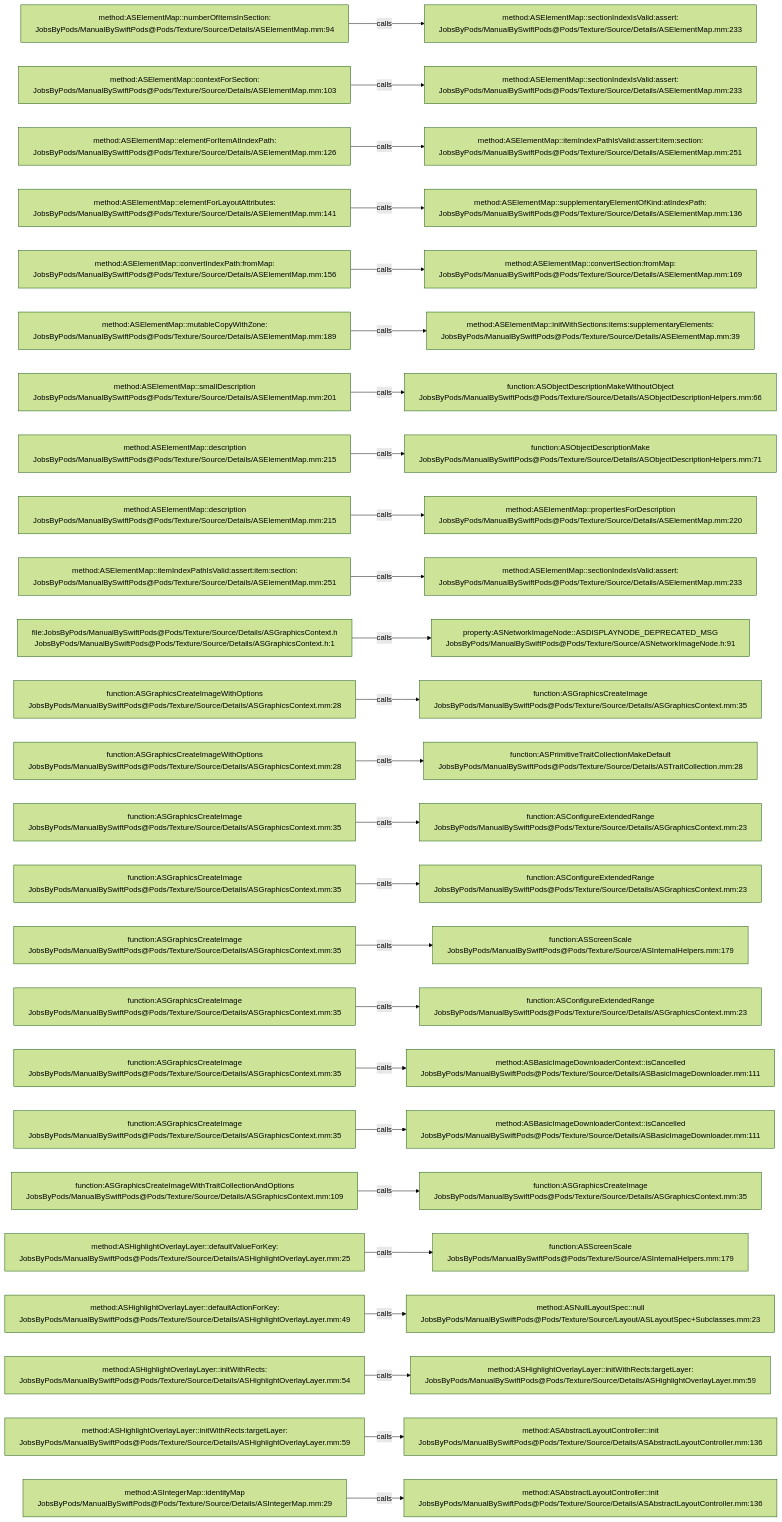
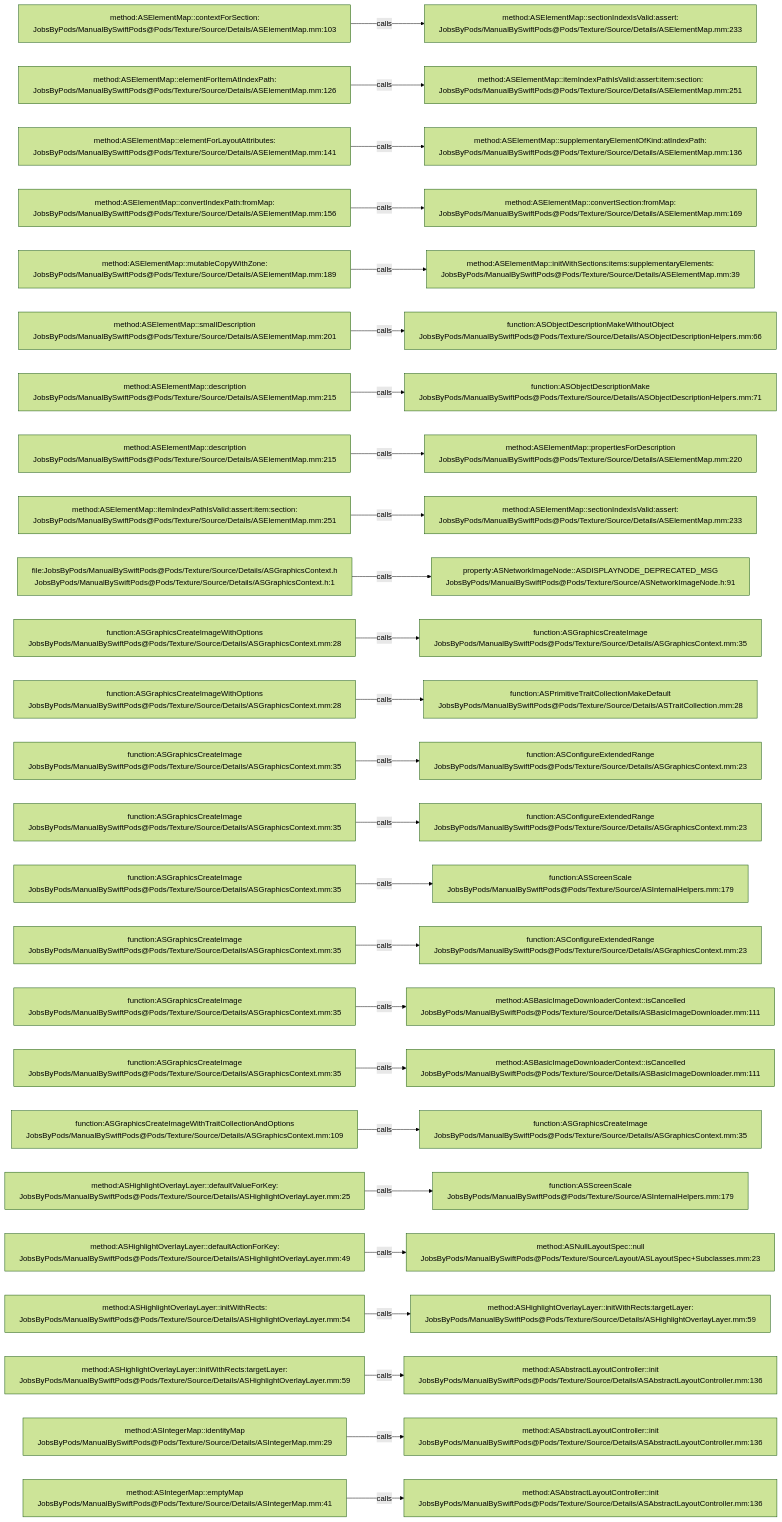
One commit to JobsKits/JobsSwiftBaseConfigDemo changed the diagram in .codegraph/codegraph.md/graphs/calls-088.md. Above: the diagram before and after it, drawn with Mermaid (forest theme). The commit also changed 747 other files, not shown here.

````diff
--- a/.codegraph/codegraph.md/graphs/calls-088.md
+++ b/.codegraph/codegraph.md/graphs/calls-088.md
@@ -13,78 +13,78 @@
 ```mermaid
 flowchart LR
-  S1["method:ASElementMap::numberOfItemsInSection:<br/>JobsByPods/ManualBySwiftPods@Pods/Texture/Source/Details/ASElementMap.mm:94"]
+  S1["method:ASElementMap::contextForSection:<br/>JobsByPods/ManualBySwiftPods@Pods/Texture/Source/Details/ASElementMap.mm:103"]
   T1["method:ASElementMap::sectionIndexIsValid:assert:<br/>JobsByPods/ManualBySwiftPods@Pods/Texture/Source/Details/ASElementMap.mm:233"]
   S1 -->|calls| T1
-  S2["method:ASElementMap::contextForSection:<br/>JobsByPods/ManualBySwiftPods@Pods/Texture/Source/Details/ASElementMap.mm:103"]
-  T2["method:ASElementMap::sectionIndexIsValid:assert:<br/>JobsByPods/ManualBySwiftPods@Pods/Texture/Source/Details/ASElementMap.mm:233"]
+  S2["method:ASElementMap::elementForItemAtIndexPath:<br/>JobsByPods/ManualBySwiftPods@Pods/Texture/Source/Details/ASElementMap.mm:126"]
+  T2["method:ASElementMap::itemIndexPathIsValid:assert:item:section:<br/>JobsByPods/ManualBySwiftPods@Pods/Texture/Source/Details/ASElementMap.mm:251"]
   S2 -->|calls| T2
-  S3["method:ASElementMap::elementForItemAtIndexPath:<br/>JobsByPods/ManualBySwiftPods@Pods/Texture/Source/Details/ASElementMap.mm:126"]
-  T3["method:ASElementMap::itemIndexPathIsValid:assert:item:section:<br/>JobsByPods/ManualBySwiftPods@Pods/Texture/Source/Details/ASElementMap.mm:251"]
+  S3["method:ASElementMap::elementForLayoutAttributes:<br/>JobsByPods/ManualBySwiftPods@Pods/Texture/Source/Details/ASElementMap.mm:141"]
+  T3["method:ASElementMap::supplementaryElementOfKind:atIndexPath:<br/>JobsByPods/ManualBySwiftPods@Pods/Texture/Source/Details/ASElementMap.mm:136"]
   S3 -->|calls| T3
-  S4["method:ASElementMap::elementForLayoutAttributes:<br/>JobsByPods/ManualBySwiftPods@Pods/Texture/Source/Details/ASElementMap.mm:141"]
-  T4["method:ASElementMap::supplementaryElementOfKind:atIndexPath:<br/>JobsByPods/ManualBySwiftPods@Pods/Texture/Source/Details/ASElementMap.mm:136"]
+  S4["method:ASElementMap::convertIndexPath:fromMap:<br/>JobsByPods/ManualBySwiftPods@Pods/Texture/Source/Details/ASElementMap.mm:156"]
+  T4["method:ASElementMap::convertSection:fromMap:<br/>JobsByPods/ManualBySwiftPods@Pods/Texture/Source/Details/ASElementMap.mm:169"]
   S4 -->|calls| T4
-  S5["method:ASElementMap::convertIndexPath:fromMap:<br/>JobsByPods/ManualBySwiftPods@Pods/Texture/Source/Details/ASElementMap.mm:156"]
-  T5["method:ASElementMap::convertSection:fromMap:<br/>JobsByPods/ManualBySwiftPods@Pods/Texture/Source/Details/ASElementMap.mm:169"]
+  S5["method:ASElementMap::mutableCopyWithZone:<br/>JobsByPods/ManualBySwiftPods@Pods/Texture/Source/Details/ASElementMap.mm:189"]
+  T5["method:ASElementMap::initWithSections:items:supplementaryElements:<br/>JobsByPods/ManualBySwiftPods@Pods/Texture/Source/Details/ASElementMap.mm:39"]
   S5 -->|calls| T5
-  S6["method:ASElementMap::mutableCopyWithZone:<br/>JobsByPods/ManualBySwiftPods@Pods/Texture/Source/Details/ASElementMap.mm:189"]
-  T6["method:ASElementMap::initWithSections:items:supplementaryElements:<br/>JobsByPods/ManualBySwiftPods@Pods/Texture/Source/Details/ASElementMap.mm:39"]
+  S6["method:ASElementMap::smallDescription<br/>JobsByPods/ManualBySwiftPods@Pods/Texture/Source/Details/ASElementMap.mm:201"]
+  T6["function:ASObjectDescriptionMakeWithoutObject<br/>JobsByPods/ManualBySwiftPods@Pods/Texture/Source/Details/ASObjectDescriptionHelpers.mm:66"]
   S6 -->|calls| T6
-  S7["method:ASElementMap::smallDescription<br/>JobsByPods/ManualBySwiftPods@Pods/Texture/Source/Details/ASElementMap.mm:201"]
-  T7["function:ASObjectDescriptionMakeWithoutObject<br/>JobsByPods/ManualBySwiftPods@Pods/Texture/Source/Details/ASObjectDescriptionHelpers.mm:66"]
+  S7["method:ASElementMap::description<br/>JobsByPods/ManualBySwiftPods@Pods/Texture/Source/Details/ASElementMap.mm:215"]
+  T7["function:ASObjectDescriptionMake<br/>JobsByPods/ManualBySwiftPods@Pods/Texture/Source/Details/ASObjectDescriptionHelpers.mm:71"]
   S7 -->|calls| T7
   S8["method:ASElementMap::description<br/>JobsByPods/ManualBySwiftPods@Pods/Texture/Source/Details/ASElementMap.mm:215"]
-  T8["function:ASObjectDescriptionMake<br/>JobsByPods/ManualBySwiftPods@Pods/Texture/Source/Details/ASObjectDescriptionHelpers.mm:71"]
+  T8["method:ASElementMap::propertiesForDescription<br/>JobsByPods/ManualBySwiftPods@Pods/Texture/Source/Details/ASElementMap.mm:220"]
   S8 -->|calls| T8
-  S9["method:ASElementMap::description<br/>JobsByPods/ManualBySwiftPods@Pods/Texture/Source/Details/ASElementMap.mm:215"]
-  T9["method:ASElementMap::propertiesForDescription<br/>JobsByPods/ManualBySwiftPods@Pods/Texture/Source/Details/ASElementMap.mm:220"]
+  S9["method:ASElementMap::itemIndexPathIsValid:assert:item:section:<br/>JobsByPods/ManualBySwiftPods@Pods/Texture/Source/Details/ASElementMap.mm:251"]
+  T9["method:ASElementMap::sectionIndexIsValid:assert:<br/>JobsByPods/ManualBySwiftPods@Pods/Texture/Source/Details/ASElementMap.mm:233"]
   S9 -->|calls| T9
-  S10["method:ASElementMap::itemIndexPathIsValid:assert:item:section:<br/>JobsByPods/ManualBySwiftPods@Pods/Texture/Source/Details/ASElementMap.mm:251"]
-  T10["method:ASElementMap::sectionIndexIsValid:assert:<br/>JobsByPods/ManualBySwiftPods@Pods/Texture/Source/Details/ASElementMap.mm:233"]
+  S10["file:JobsByPods/ManualBySwiftPods@Pods/Texture/Source/Details/ASGraphicsContext.h<br/>JobsByPods/ManualBySwiftPods@Pods/Texture/Source/Details/ASGraphicsContext.h:1"]
+  T10["property:ASNetworkImageNode::ASDISPLAYNODE_DEPRECATED_MSG<br/>JobsByPods/ManualBySwiftPods@Pods/Texture/Source/ASNetworkImageNode.h:91"]
   S10 -->|calls| T10
-  S11["file:JobsByPods/ManualBySwiftPods@Pods/Texture/Source/Details/ASGraphicsContext.h<br/>JobsByPods/ManualBySwiftPods@Pods/Texture/Source/Details/ASGraphicsContext.h:1"]
-  T11["property:ASNetworkImageNode::ASDISPLAYNODE_DEPRECATED_MSG<br/>JobsByPods/ManualBySwiftPods@Pods/Texture/Source/ASNetworkImageNode.h:91"]
+  S11["function:ASGraphicsCreateImageWithOptions<br/>JobsByPods/ManualBySwiftPods@Pods/Texture/Source/Details/ASGraphicsContext.mm:28"]
+  T11["function:ASGraphicsCreateImage<br/>JobsByPods/ManualBySwiftPods@Pods/Texture/Source/Details/ASGraphicsContext.mm:35"]
   S11 -->|calls| T11
   S12["function:ASGraphicsCreateImageWithOptions<br/>JobsByPods/ManualBySwiftPods@Pods/Texture/Source/Details/ASGraphicsContext.mm:28"]
-  T12["function:ASGraphicsCreateImage<br/>JobsByPods/ManualBySwiftPods@Pods/Texture/Source/Details/ASGraphicsContext.mm:35"]
+  T12["function:ASPrimitiveTraitCollectionMakeDefault<br/>JobsByPods/ManualBySwiftPods@Pods/Texture/Source/Details/ASTraitCollection.mm:28"]
   S12 -->|calls| T12
-  S13["function:ASGraphicsCreateImageWithOptions<br/>JobsByPods/ManualBySwiftPods@Pods/Texture/Source/Details/ASGraphicsContext.mm:28"]
-  T13["function:ASPrimitiveTraitCollectionMakeDefault<br/>JobsByPods/ManualBySwiftPods@Pods/Texture/Source/Details/ASTraitCollection.mm:28"]
+  S13["function:ASGraphicsCreateImage<br/>JobsByPods/ManualBySwiftPods@Pods/Texture/Source/Details/ASGraphicsContext.mm:35"]
+  T13["function:ASConfigureExtendedRange<br/>JobsByPods/ManualBySwiftPods@Pods/Texture/Source/Details/ASGraphicsContext.mm:23"]
   S13 -->|calls| T13
   S14["function:ASGraphicsCreateImage<br/>JobsByPods/ManualBySwiftPods@Pods/Texture/Source/Details/ASGraphicsContext.mm:35"]
   T14["function:ASConfigureExtendedRange<br/>JobsByPods/ManualBySwiftPods@Pods/Texture/Source/Details/ASGraphicsContext.mm:23"]
   S14 -->|calls| T14
   S15["function:ASGraphicsCreateImage<br/>JobsByPods/ManualBySwiftPods@Pods/Texture/Source/Details/ASGraphicsContext.mm:35"]
-  T15["function:ASConfigureExtendedRange<br/>JobsByPods/ManualBySwiftPods@Pods/Texture/Source/Details/ASGraphicsContext.mm:23"]
+  T15["function:ASScreenScale<br/>JobsByPods/ManualBySwiftPods@Pods/Texture/Source/ASInternalHelpers.mm:179"]
   S15 -->|calls| T15
   S16["function:ASGraphicsCreateImage<br/>JobsByPods/ManualBySwiftPods@Pods/Texture/Source/Details/ASGraphicsContext.mm:35"]
-  T16["function:ASScreenScale<br/>JobsByPods/ManualBySwiftPods@Pods/Texture/Source/ASInternalHelpers.mm:179"]
+  T16["function:ASConfigureExtendedRange<br/>JobsByPods/ManualBySwiftPods@Pods/Texture/Source/Details/ASGraphicsContext.mm:23"]
   S16 -->|calls| T16
   S17["function:ASGraphicsCreateImage<br/>JobsByPods/ManualBySwiftPods@Pods/Texture/Source/Details/ASGraphicsContext.mm:35"]
-  T17["function:ASConfigureExtendedRange<br/>JobsByPods/ManualBySwiftPods@Pods/Texture/Source/Details/ASGraphicsContext.mm:23"]
+  T17["method:ASBasicImageDownloaderContext::isCancelled<br/>JobsByPods/ManualBySwiftPods@Pods/Texture/Source/Details/ASBasicImageDownloader.mm:111"]
   S17 -->|calls| T17
   S18["function:ASGraphicsCreateImage<br/>JobsByPods/ManualBySwiftPods@Pods/Texture/Source/Details/ASGraphicsContext.mm:35"]
   T18["method:ASBasicImageDownloaderContext::isCancelled<br/>JobsByPods/ManualBySwiftPods@Pods/Texture/Source/Details/ASBasicImageDownloader.mm:111"]
   S18 -->|calls| T18
-  S19["function:ASGraphicsCreateImage<br/>JobsByPods/ManualBySwiftPods@Pods/Texture/Source/Details/ASGraphicsContext.mm:35"]
-  T19["method:ASBasicImageDownloaderContext::isCancelled<br/>JobsByPods/ManualBySwiftPods@Pods/Texture/Source/Details/ASBasicImageDownloader.mm:111"]
+  S19["function:ASGraphicsCreateImageWithTraitCollectionAndOptions<br/>JobsByPods/ManualBySwiftPods@Pods/Texture/Source/Details/ASGraphicsContext.mm:109"]
+  T19["function:ASGraphicsCreateImage<br/>JobsByPods/ManualBySwiftPods@Pods/Texture/Source/Details/ASGraphicsContext.mm:35"]
   S19 -->|calls| T19
-  S20["function:ASGraphicsCreateImageWithTraitCollectionAndOptions<br/>JobsByPods/ManualBySwiftPods@Pods/Texture/Source/Details/ASGraphicsContext.mm:109"]
-  T20["function:ASGraphicsCreateImage<br/>JobsByPods/ManualBySwiftPods@Pods/Texture/Source/Details/ASGraphicsContext.mm:35"]
+  S20["method:ASHighlightOverlayLayer::defaultValueForKey:<br/>JobsByPods/ManualBySwiftPods@Pods/Texture/Source/Details/ASHighlightOverlayLayer.mm:25"]
+  T20["function:ASScreenScale<br/>JobsByPods/ManualBySwiftPods@Pods/Texture/Source/ASInternalHelpers.mm:179"]
   S20 -->|calls| T20
-  S21["method:ASHighlightOverlayLayer::defaultValueForKey:<br/>JobsByPods/ManualBySwiftPods@Pods/Texture/Source/Details/ASHighlightOverlayLayer.mm:25"]
-  T21["function:ASScreenScale<br/>JobsByPods/ManualBySwiftPods@Pods/Texture/Source/ASInternalHelpers.mm:179"]
+  S21["method:ASHighlightOverlayLayer::defaultActionForKey:<br/>JobsByPods/ManualBySwiftPods@Pods/Texture/Source/Details/ASHighlightOverlayLayer.mm:49"]
+  T21["method:ASNullLayoutSpec::null<br/>JobsByPods/ManualBySwiftPods@Pods/Texture/Source/Layout/ASLayoutSpec+Subclasses.mm:23"]
   S21 -->|calls| T21
-  S22["method:ASHighlightOverlayLayer::defaultActionForKey:<br/>JobsByPods/ManualBySwiftPods@Pods/Texture/Source/Details/ASHighlightOverlayLayer.mm:49"]
-  T22["method:ASNullLayoutSpec::null<br/>JobsByPods/ManualBySwiftPods@Pods/Texture/Source/Layout/ASLayoutSpec+Subclasses.mm:23"]
+  S22["method:ASHighlightOverlayLayer::initWithRects:<br/>JobsByPods/ManualBySwiftPods@Pods/Texture/Source/Details/ASHighlightOverlayLayer.mm:54"]
+  T22["method:ASHighlightOverlayLayer::initWithRects:targetLayer:<br/>JobsByPods/ManualBySwiftPods@Pods/Texture/Source/Details/ASHighlightOverlayLayer.mm:59"]
   S22 -->|calls| T22
-  S23["method:ASHighlightOverlayLayer::initWithRects:<br/>JobsByPods/ManualBySwiftPods@Pods/Texture/Source/Details/ASHighlightOverlayLayer.mm:54"]
-  T23["method:ASHighlightOverlayLayer::initWithRects:targetLayer:<br/>JobsByPods/ManualBySwiftPods@Pods/Texture/Source/Details/ASHighlightOverlayLayer.mm:59"]
+  S23["method:ASHighlightOverlayLayer::initWithRects:targetLayer:<br/>JobsByPods/ManualBySwiftPods@Pods/Texture/Source/Details/ASHighlightOverlayLayer.mm:59"]
+  T23["method:ASAbstractLayoutController::init<br/>JobsByPods/ManualBySwiftPods@Pods/Texture/Source/Details/ASAbstractLayoutController.mm:136"]
   S23 -->|calls| T23
-  S24["method:ASHighlightOverlayLayer::initWithRects:targetLayer:<br/>JobsByPods/ManualBySwiftPods@Pods/Texture/Source/Details/ASHighlightOverlayLayer.mm:59"]
+  S24["method:ASIntegerMap::identityMap<br/>JobsByPods/ManualBySwiftPods@Pods/Texture/Source/Details/ASIntegerMap.mm:29"]
   T24["method:ASAbstractLayoutController::init<br/>JobsByPods/ManualBySwiftPods@Pods/Texture/Source/Details/ASAbstractLayoutController.mm:136"]
   S24 -->|calls| T24
-  S25["method:ASIntegerMap::identityMap<br/>JobsByPods/ManualBySwiftPods@Pods/Texture/Source/Details/ASIntegerMap.mm:29"]
+  S25["method:ASIntegerMap::emptyMap<br/>JobsByPods/ManualBySwiftPods@Pods/Texture/Source/Details/ASIntegerMap.mm:41"]
   T25["method:ASAbstractLayoutController::init<br/>JobsByPods/ManualBySwiftPods@Pods/Texture/Source/Details/ASAbstractLayoutController.mm:136"]
   S25 -->|calls| T25
 ```
````
